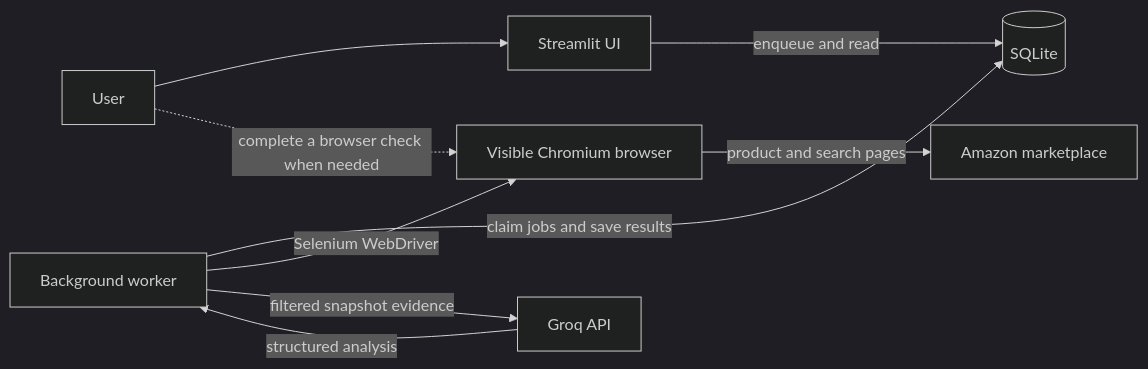
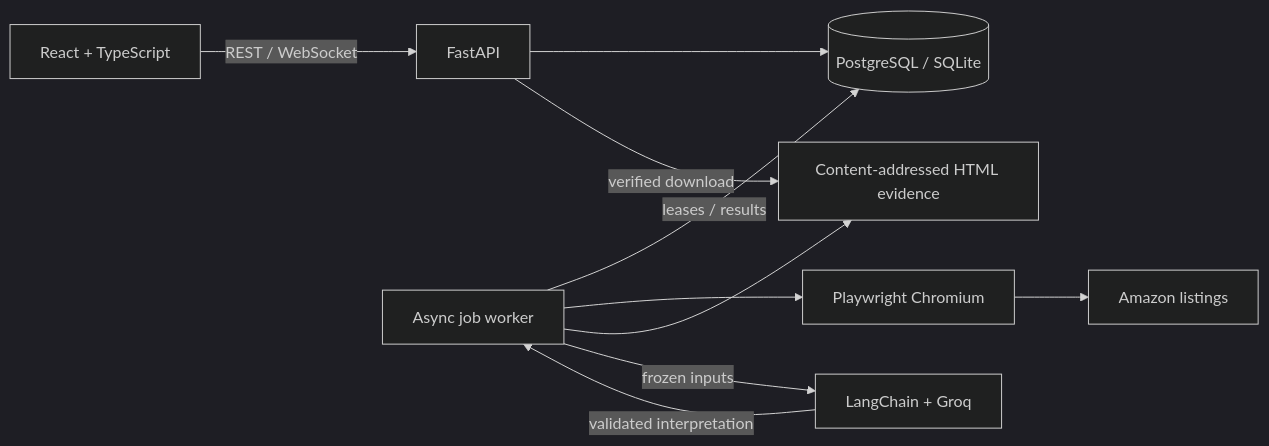
Before and after one commit to tusharg007/AmazonPriceCompetitor: the diagram in README.md, drawn with Mermaid (dark theme). The commit also changed other lines of this file and 47 other files, not shown here.

````diff
--- a/README.md
+++ b/README.md
@@ -21,11 +22,12 @@
 ```mermaid
 flowchart LR
-    U[User] --> UI[Streamlit UI]
-    UI -->|enqueue and read| DB[(SQLite)]
-    W[Background worker] -->|claim jobs and save results| DB
-    W -->|Selenium WebDriver| B[Visible Chromium browser]
-    B -->|product and search pages| A[Amazon marketplace]
-    W -->|filtered snapshot evidence| G[Groq API]
-    G -->|structured analysis| W
-    U -.->|complete a browser check when needed| B
+    UI[React + TypeScript] -->|REST / WebSocket| API[FastAPI]
+    API --> DB[(PostgreSQL / SQLite)]
+    W[Async job worker] -->|leases / results| DB
+    W --> P[Playwright Chromium]
+    P --> A[Amazon listings]
+    W --> E[Content-addressed HTML evidence]
+    API -->|verified download| E
+    W -->|frozen inputs| G[LangChain + Groq]
+    G -->|validated interpretation| W
 ```
````
